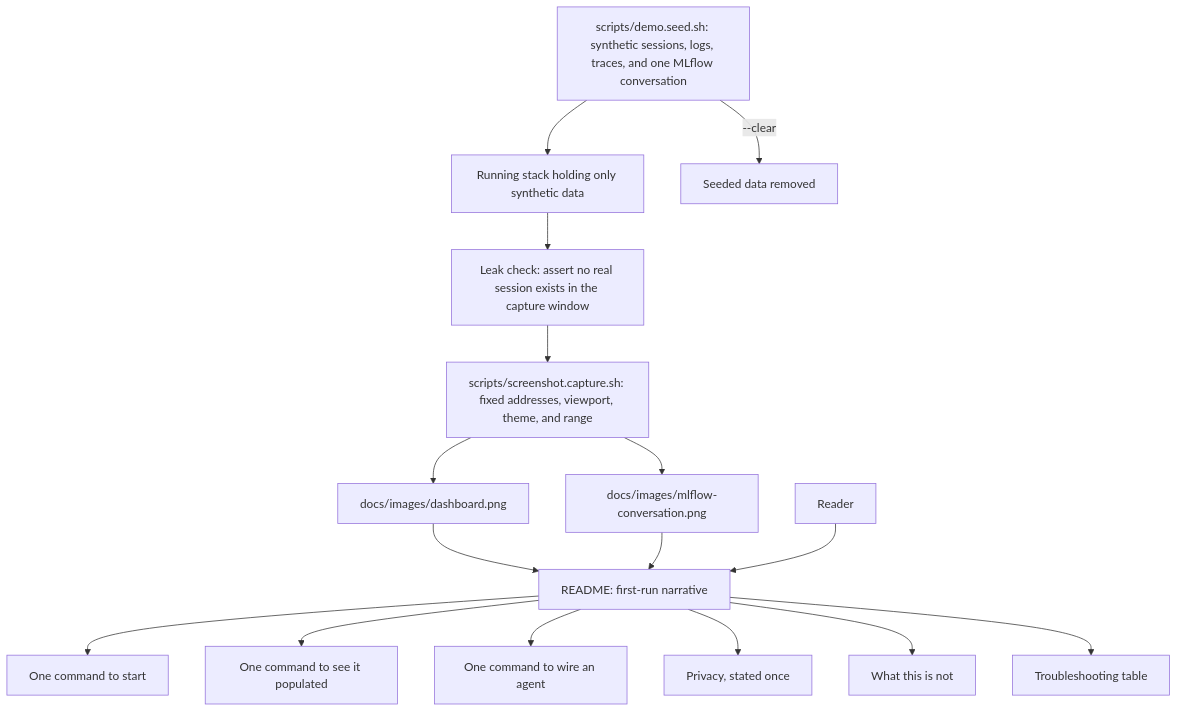
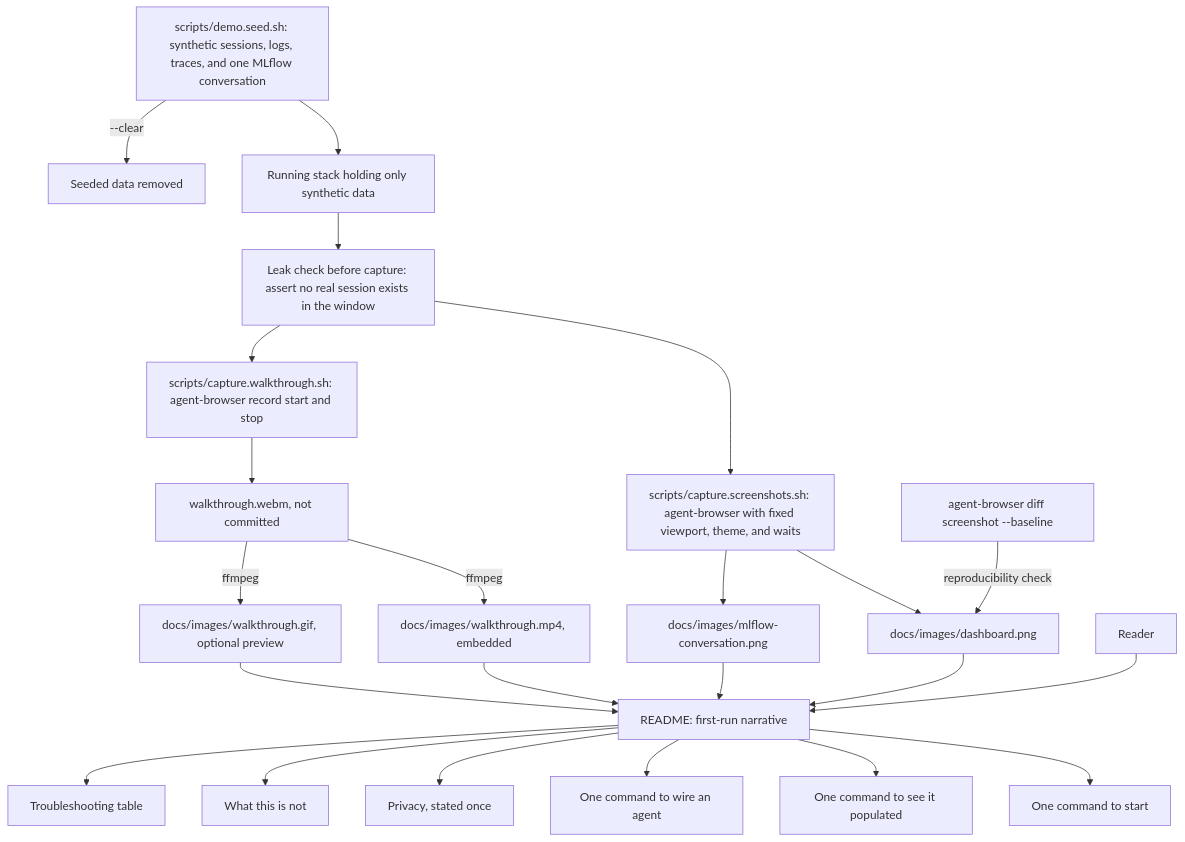
The second of 3 diagrams in docs/cr/CR-0007-readme-screenshots-onboarding.md (desek/agent-observability), drawn with Mermaid before and after one commit. The commit also changed other lines of this file, not shown here.

First line of the commit message:
checkpoint(CR-0007): add agent-browser capture, a use-cases section, and README ordering

````diff
--- a/docs/cr/CR-0007-readme-screenshots-onboarding.md
+++ b/docs/cr/CR-0007-readme-screenshots-onboarding.md
@@ -103,18 +124,25 @@
 ```mermaid
 flowchart TD
     SEED["scripts/demo.seed.sh: synthetic sessions, logs, traces, and one MLflow conversation"] --> STACK["Running stack holding only synthetic data"]
-    STACK --> CHECK["Leak check: assert no real session exists in the capture window"]
-    CHECK --> CAP["scripts/screenshot.capture.sh: fixed addresses, viewport, theme, and range"]
+    STACK --> CHECK["Leak check before capture: assert no real session exists in the window"]
+    CHECK --> CAP["scripts/capture.screenshots.sh: agent-browser with fixed viewport, theme, and waits"]
+    CHECK --> REC["scripts/capture.walkthrough.sh: agent-browser record start and stop"]
     CAP --> IMG1["docs/images/dashboard.png"]
     CAP --> IMG2["docs/images/mlflow-conversation.png"]
+    REC --> WEBM["walkthrough.webm, not committed"]
+    WEBM -->|"ffmpeg"| MP4["docs/images/walkthrough.mp4, embedded"]
+    WEBM -->|"ffmpeg"| GIF["docs/images/walkthrough.gif, optional preview"]
     IMG1 --> README["README: first-run narrative"]
     IMG2 --> README
+    MP4 --> README
+    GIF --> README
+    BASE["agent-browser diff screenshot --baseline"] -->|"reproducibility check"| IMG1
     SEED -->|"--clear"| CLEAN["Seeded data removed"]
     READER["Reader"] --> README
     README --> START["One command to start"]
     README --> DEMO["One command to see it populated"]
     README --> WIRE["One command to wire an agent"]
     README --> PRIV["Privacy, stated once"]
     README --> LIMITS["What this is not"]
     README --> TROUBLE["Troubleshooting table"]
 ```
````
